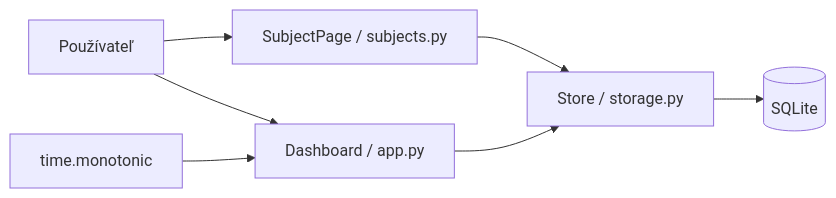
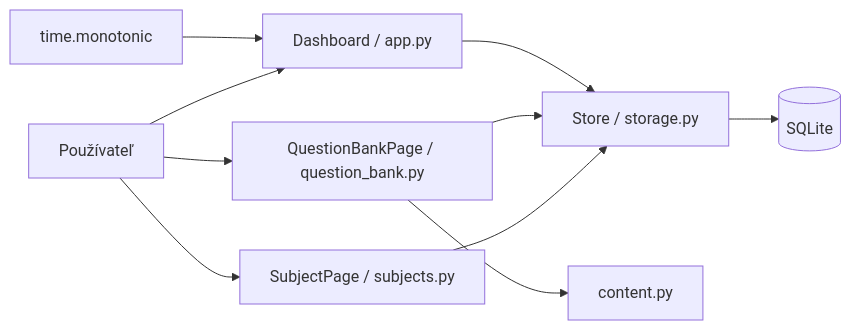
One commit to turcinv/SOSkuska changed the diagram in docs/sk/CURRENT_ARCHITECTURE.md. Above: the diagram before and after it, drawn with Mermaid. The commit also changed other lines of this file and 32 other files, not shown here.

Commit message:
Add subject topics and multiple-choice question bank (#2)

````diff
--- a/docs/sk/CURRENT_ARCHITECTURE.md
+++ b/docs/sk/CURRENT_ARCHITECTURE.md
@@ -21,9 +21,12 @@
 ```mermaid
 flowchart LR
     User[Používateľ] --> Dashboard[Dashboard / app.py]
     User --> Subjects[SubjectPage / subjects.py]
     Subjects --> Store[Store / storage.py]
+    User --> Questions[QuestionBankPage / question_bank.py]
+    Questions --> Validation[content.py]
+    Questions --> Store
     Dashboard --> Store
     Store --> DB[(SQLite)]
     Clock[time.monotonic] --> Dashboard
 ```
````
